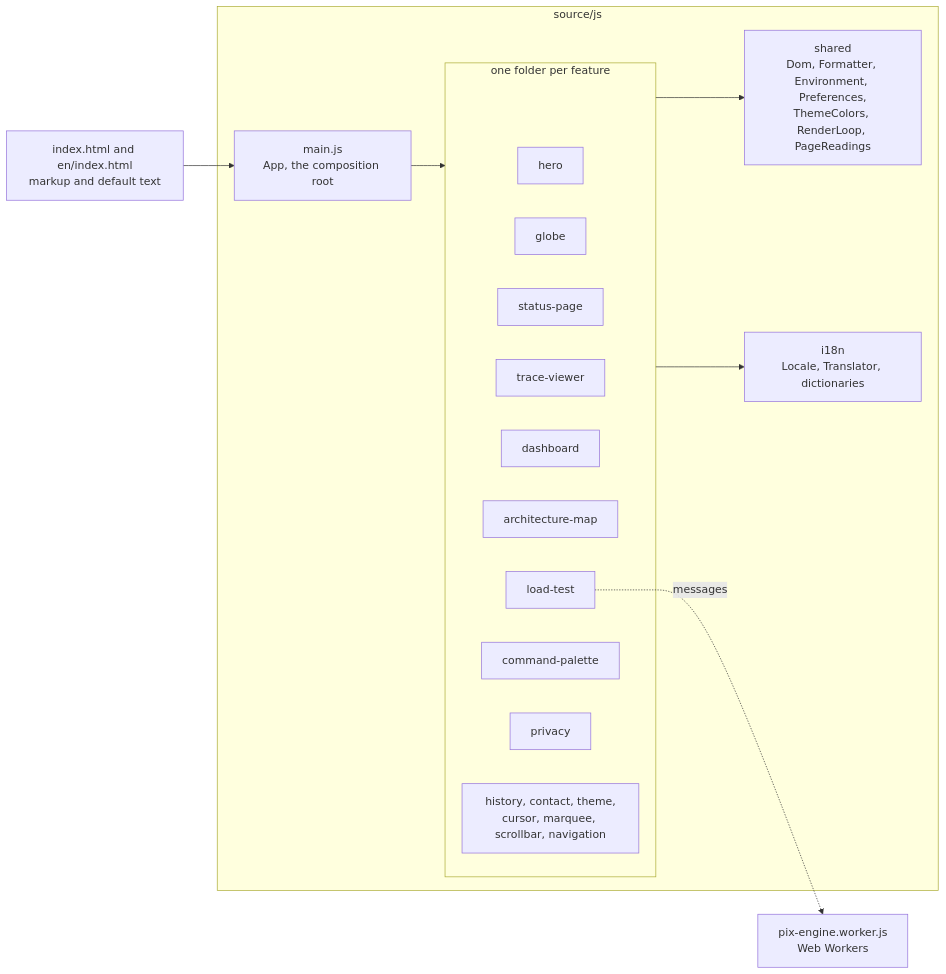
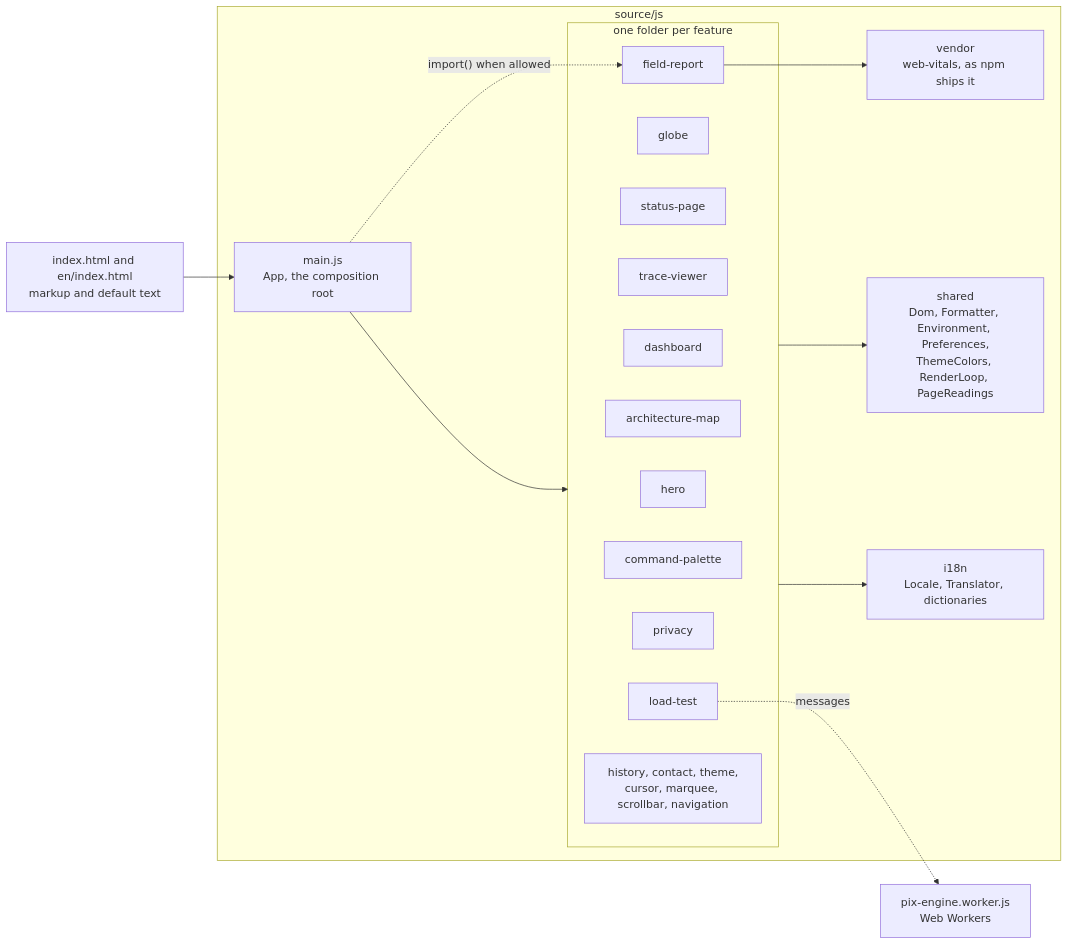
The first of 2 diagrams in docs/architecture.md (GustavoEklund/eklund.com.br), drawn with Mermaid before and after one commit. The commit also changed other lines of this file and 68 other files, not shown here.

Commit message:
feat(field-report): send page reports to the collector (#33)

````diff
--- a/docs/architecture.md
+++ b/docs/architecture.md
@@ -9,25 +9,29 @@
 ```mermaid
 flowchart LR
   html["index.html and en/index.html<br/>markup and default text"] --> main
   subgraph js["source/js"]
     main["main.js<br/>App, the composition root"]
     subgraph features["one folder per feature"]
       hero["hero"]
       globe["globe"]
       status["status-page"]
       trace["trace-viewer"]
       dashboard["dashboard"]
       map["architecture-map"]
       load["load-test"]
       palette["command-palette"]
       privacy["privacy"]
+      report["field-report"]
       more["history, contact, theme,<br/>cursor, marquee, scrollbar, navigation"]
     end
+    vendor["vendor<br/>web-vitals, as npm ships it"]
     shared["shared<br/>Dom, Formatter, Environment, Preferences,<br/>ThemeColors, RenderLoop, PageReadings"]
     i18n["i18n<br/>Locale, Translator, dictionaries"]
   end
   main --> features
   features --> shared
   features --> i18n
+  report --> vendor
   load -. "messages" .-> worker["pix-engine.worker.js<br/>Web Workers"]
+  main -. "import() when allowed" .-> report
 ```
````
